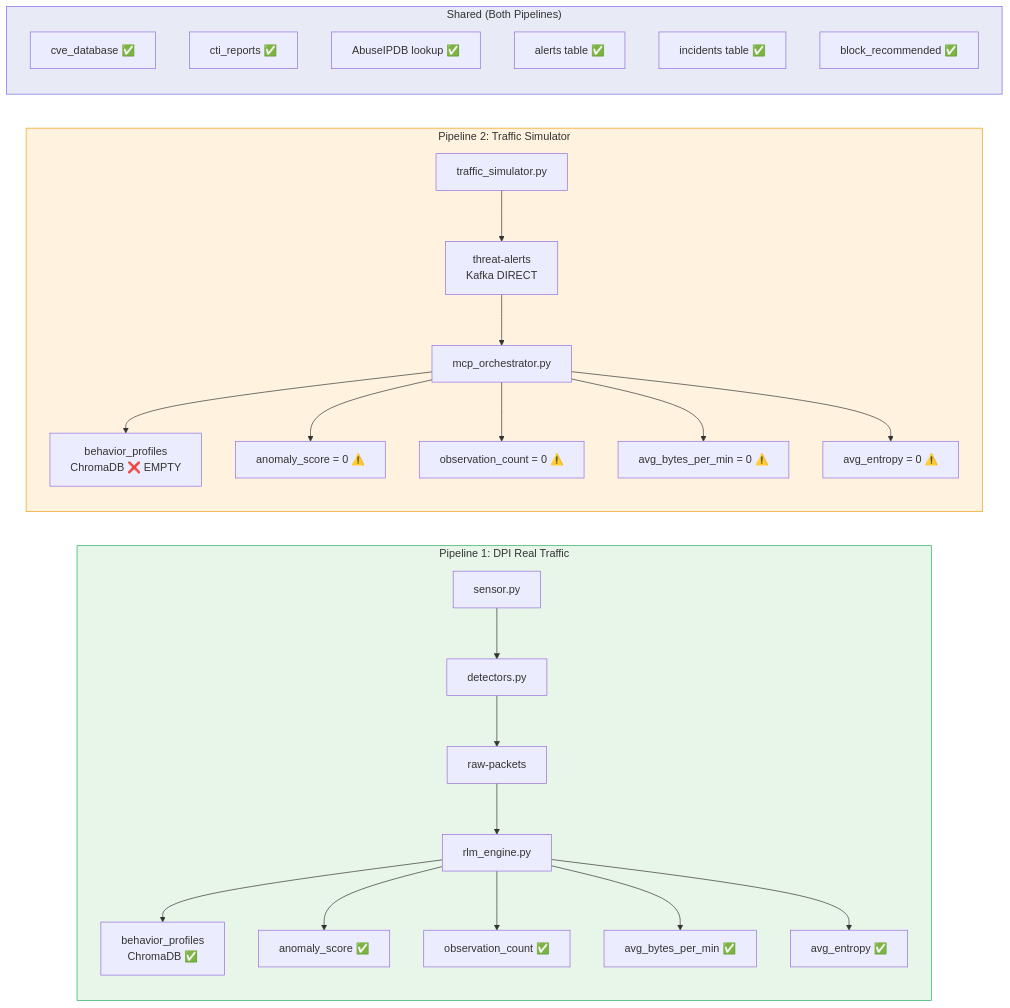
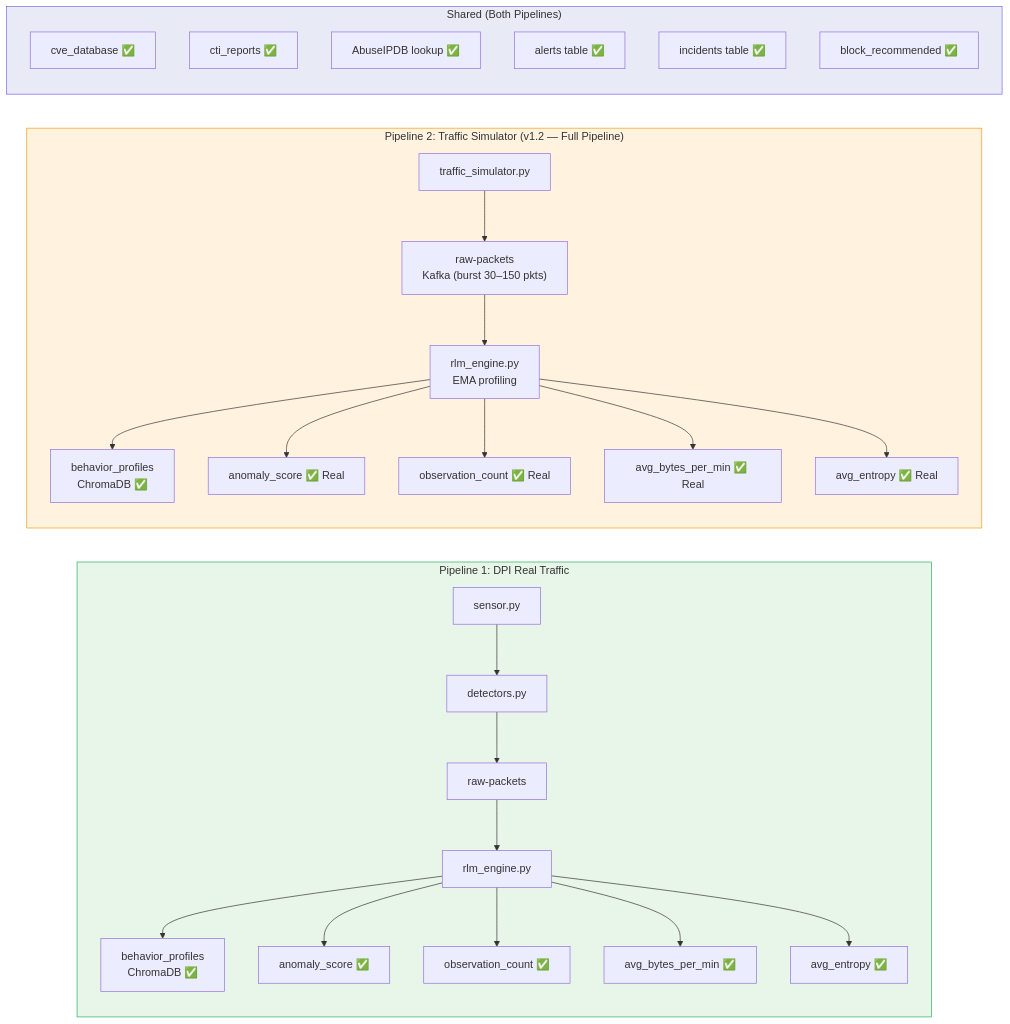
The fifth of 20 diagrams in docs/MASTER.md (Skarthik06/cybersentinel-ai), drawn with Mermaid before and after one commit. The commit also changed other lines of this file and 27 other files, not shown here.

````diff
--- a/docs/MASTER.md
+++ b/docs/MASTER.md
@@ -420,36 +429,36 @@
 ```mermaid
 graph LR
     subgraph DPI_PATH["Pipeline 1: DPI Real Traffic"]
         direction TB
         P1A["sensor.py"] --> P1B["detectors.py"] --> P1C["raw-packets"]
         P1C --> P1D["rlm_engine.py"] --> P1E["behavior_profiles\nChromaDB ✅"]
         P1D --> P1F["anomaly_score ✅"]
         P1D --> P1G["observation_count ✅"]
         P1D --> P1H["avg_bytes_per_min ✅"]
         P1D --> P1I["avg_entropy ✅"]
     end
 
-    subgraph SIM_PATH["Pipeline 2: Traffic Simulator"]
+    subgraph SIM_PATH["Pipeline 2: Traffic Simulator (v1.2 — Full Pipeline)"]
         direction TB
-        P2A["traffic_simulator.py"] --> P2B["threat-alerts\nKafka DIRECT"]
-        P2B --> P2C["mcp_orchestrator.py"]
-        P2C --> P2D["behavior_profiles\nChromaDB ❌ EMPTY"]
-        P2C --> P2E["anomaly_score = 0 ⚠️"]
-        P2C --> P2F["observation_count = 0 ⚠️"]
-        P2C --> P2G["avg_bytes_per_min = 0 ⚠️"]
-        P2C --> P2H["avg_entropy = 0 ⚠️"]
+        P2A["traffic_simulator.py"] --> P2B["raw-packets\nKafka (burst 30–150 pkts)"]
+        P2B --> P2C["rlm_engine.py\nEMA profiling"]
+        P2C --> P2D["behavior_profiles\nChromaDB ✅"]
+        P2C --> P2E["anomaly_score ✅ Real"]
+        P2C --> P2F["observation_count ✅ Real"]
+        P2C --> P2G["avg_bytes_per_min ✅ Real"]
+        P2C --> P2H["avg_entropy ✅ Real"]
     end
 
     subgraph SHARED["Shared (Both Pipelines)"]
         S1["cve_database ✅"]
         S2["cti_reports ✅"]
         S3["AbuseIPDB lookup ✅"]
         S4["alerts table ✅"]
         S5["incidents table ✅"]
         S6["block_recommended ✅"]
     end
 
     style DPI_PATH fill:#e8f5e9,stroke:#27ae60
     style SIM_PATH fill:#fff3e0,stroke:#f39c12
     style SHARED fill:#e8eaf6,stroke:#7b68ee
 ```
````
